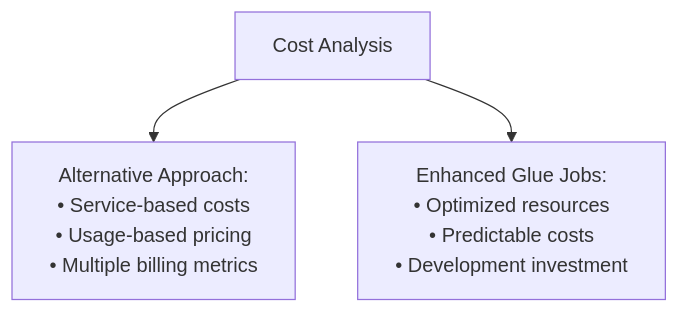
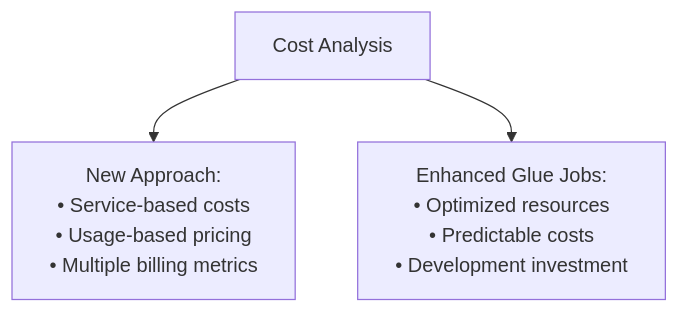
Diagram 12 of 17 in mermaid.md (veronelazio/wezterm), drawn with Mermaid before and after one commit. The commit also changed other lines of this file, not shown here.

````diff
--- a/mermaid.md
+++ b/mermaid.md
@@ -117,5 +117,5 @@
 ```mermaid
 flowchart TD
-    J1["Cost Analysis"] --> J2["Alternative Approach:<br/>• Service-based costs<br/>• Usage-based pricing<br/>• Multiple billing metrics"]
+    J1["Cost Analysis"] --> J2["New Approach:<br/>• Service-based costs<br/>• Usage-based pricing<br/>• Multiple billing metrics"]
     J1 --> J3["Enhanced Glue Jobs:<br/>• Optimized resources<br/>• Predictable costs<br/>• Development investment"]
 ```
````
